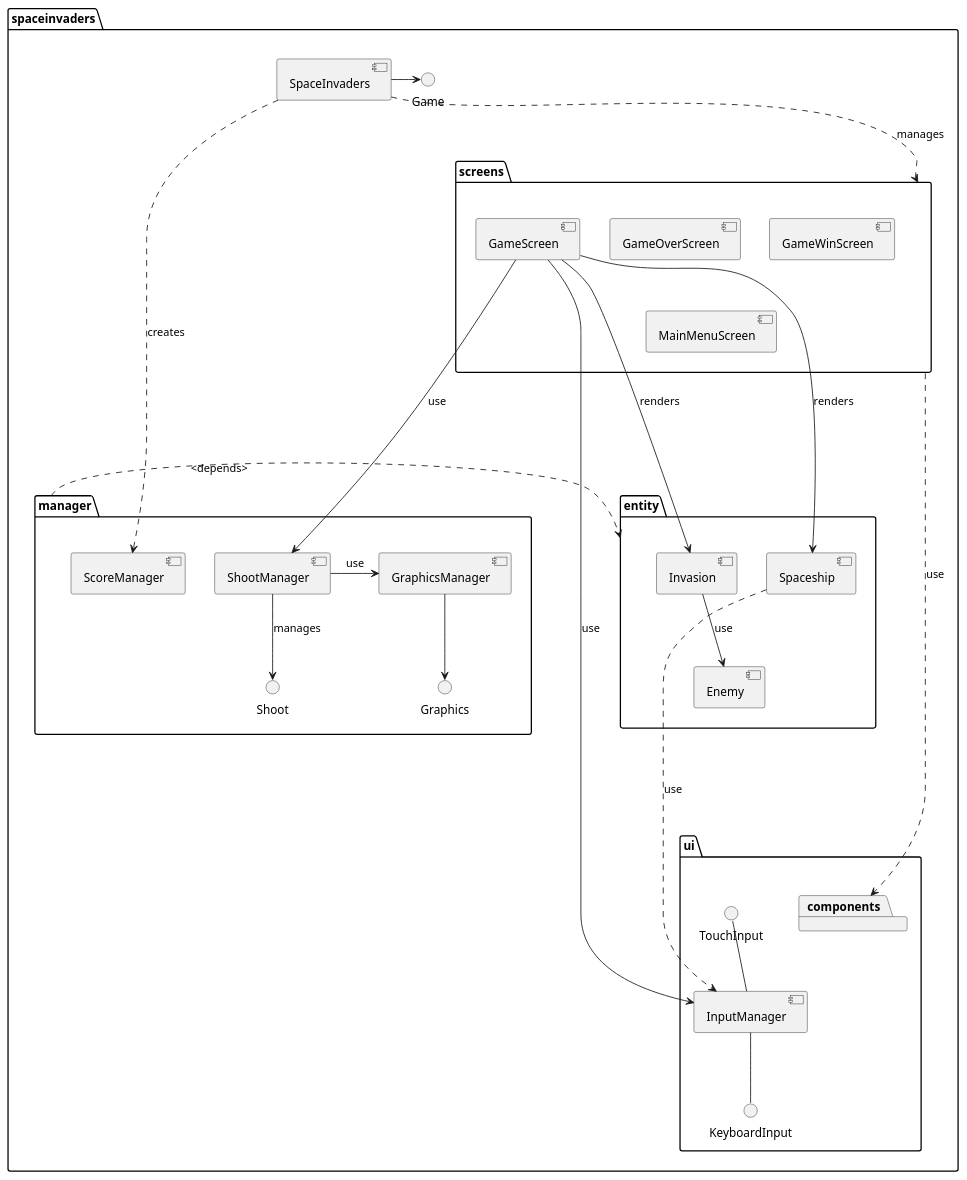
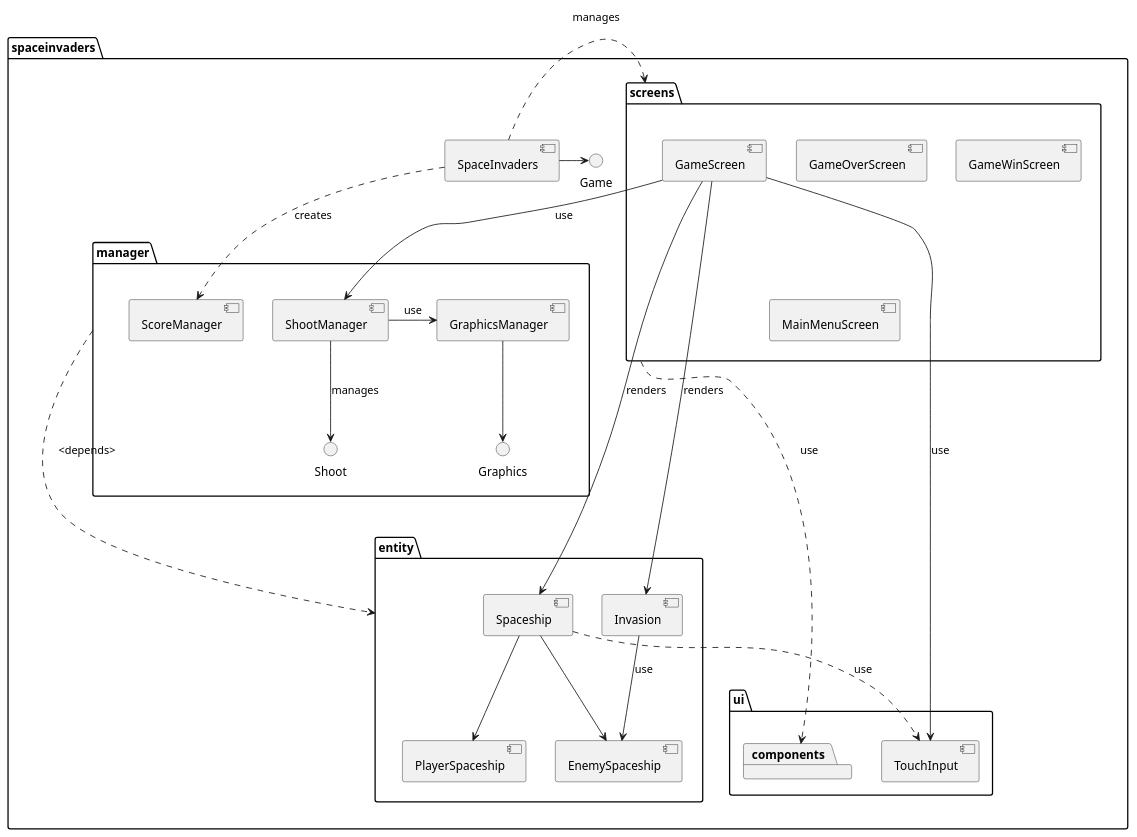
The diagram in static/core-components.puml (sratatata/space-invaders), drawn with PlantUML before and after one commit.

Commit message:
updated uml diagram

```diff
--- a/static/core-components.puml
+++ b/static/core-components.puml
@@ -1,43 +1,44 @@
 @startuml
 package "spaceinvaders" {
 
+    package "ui" {
+        [TouchInput]
+        package "components"
+    }
+    
     package "manager" {
         [GraphicsManager] -down-> Graphics
         [ShootManager] -> [GraphicsManager] : use
         [ShootManager] --> Shoot : manages
         [ScoreManager]
     }
 
-    package "ui" {
-        [InputManager] -up- TouchInput
-        [InputManager] -down- KeyboardInput
-
-        package "components"
-    }
+    
 
     package "entity" {
-        [Enemy]
-        [Invasion] --> [Enemy] : use
-        [Spaceship] .....> InputManager : use
+        [Spaceship] -down-> [PlayerSpaceship]
+        [Spaceship] -down-> [EnemySpaceship]
+        [Invasion] --> [EnemySpaceship] : use
+        [Spaceship] ..> TouchInput : use
     }
 
     package "screens" {
-        [GameScreen] --> [InputManager] : use
-        [GameScreen] ----> [Spaceship] : renders
-        [GameScreen] ----> [Invasion] : renders
+        [GameScreen] --> [TouchInput] : use
+        [GameScreen] ---> [Spaceship] : renders
+        [GameScreen] ---> [Invasion] : renders
         [GameScreen] --> [ShootManager] : use
         [GameOverScreen]
         [GameWinScreen]
         [MainMenuScreen]
     }
 
     [SpaceInvaders] -> Game
-    [SpaceInvaders] .....> [ScoreManager] : creates
-    [SpaceInvaders] ..> screens : manages
+    [SpaceInvaders] .> [ScoreManager] : creates
+    [SpaceInvaders] .> screens : manages
 
 
-    manager .> entity : <depends>
-    screens .> components : use
+    manager ...> entity : <depends>
+    screens ...> components : use
 }
 
 @enduml
```
